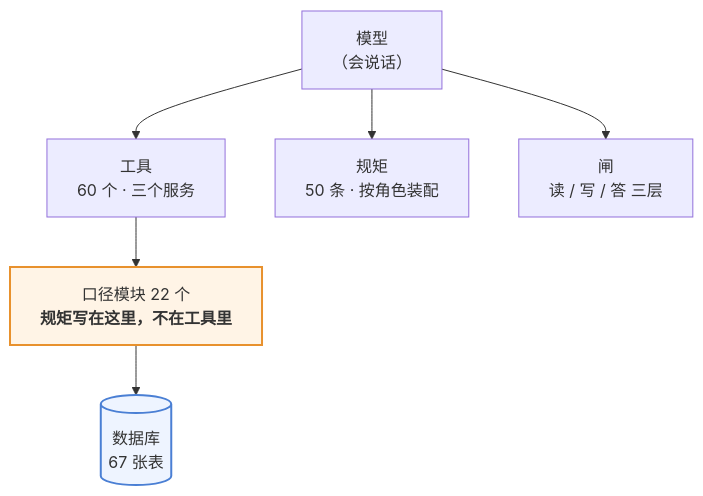
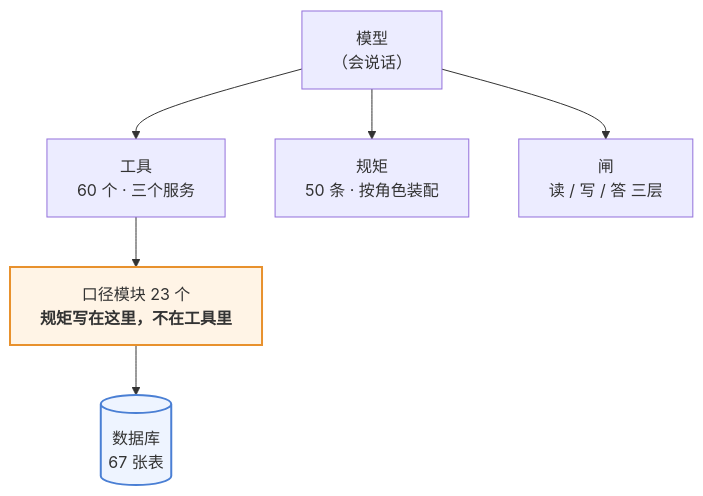
Before and after one commit to 843773296-rgb/lanxiu-yunshang-agent: the first of 3 diagrams in 澜绣云裳agent-产品说明.md, drawn with Mermaid. The commit also changed other lines of this file and 6 other files, not shown here.

````diff
--- a/澜绣云裳agent-产品说明.md
+++ b/澜绣云裳agent-产品说明.md
@@ -62,12 +62,12 @@
 ```mermaid
 flowchart TD
     M["模型<br/>（会说话）"]
     M --> T["工具<br/>60 个 · 三个服务"]
     M --> R["规矩<br/>50 条 · 按角色装配"]
     M --> G["闸<br/>读 / 写 / 答 三层"]
-    T --> K["口径模块 22 个<br/><b>规矩写在这里，不在工具里</b>"]
+    T --> K["口径模块 23 个<br/><b>规矩写在这里，不在工具里</b>"]
     K --> DB[("数据库<br/>67 张表")]
 
     style K fill:#fff4e6,stroke:#e8912d,stroke-width:2px
     style DB fill:#eef4ff,stroke:#4a7fd4,stroke-width:2px
 ```
````
